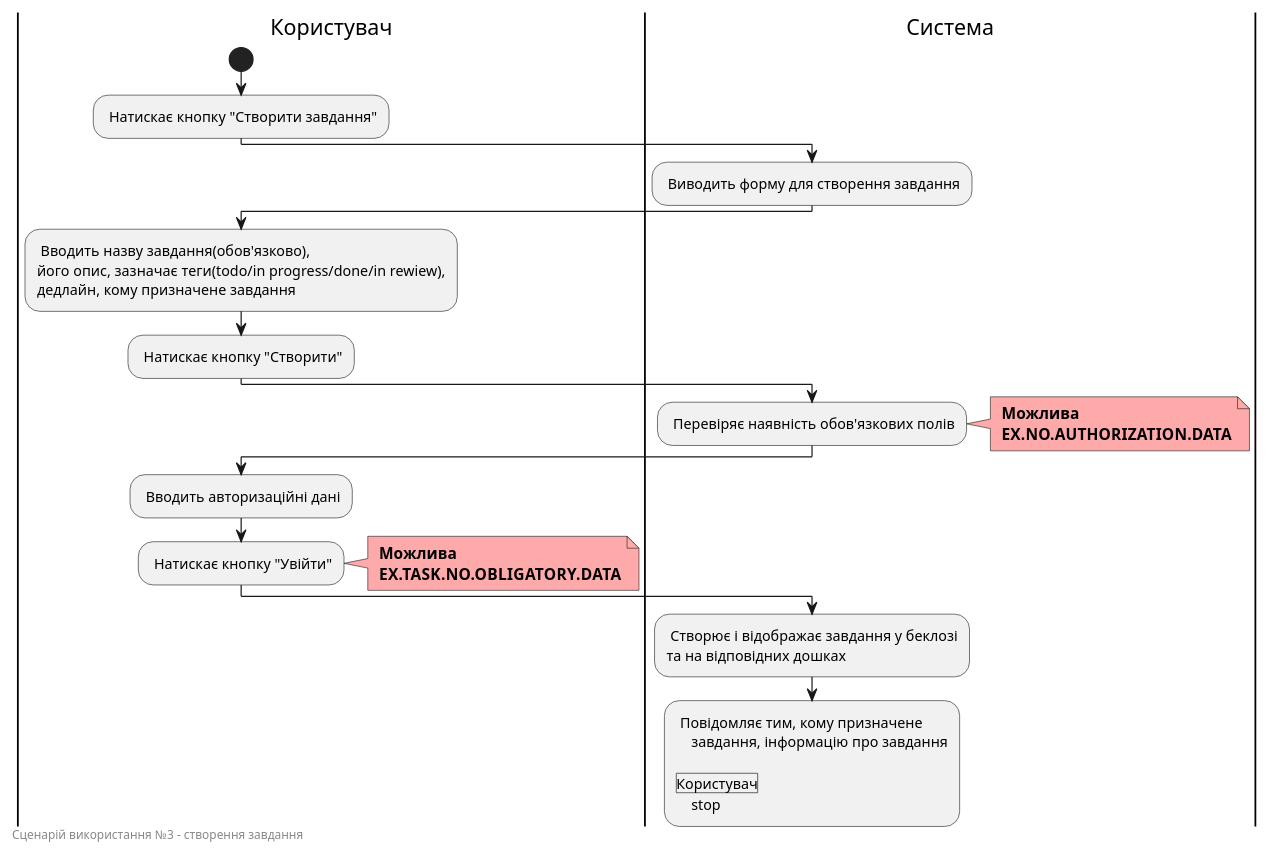
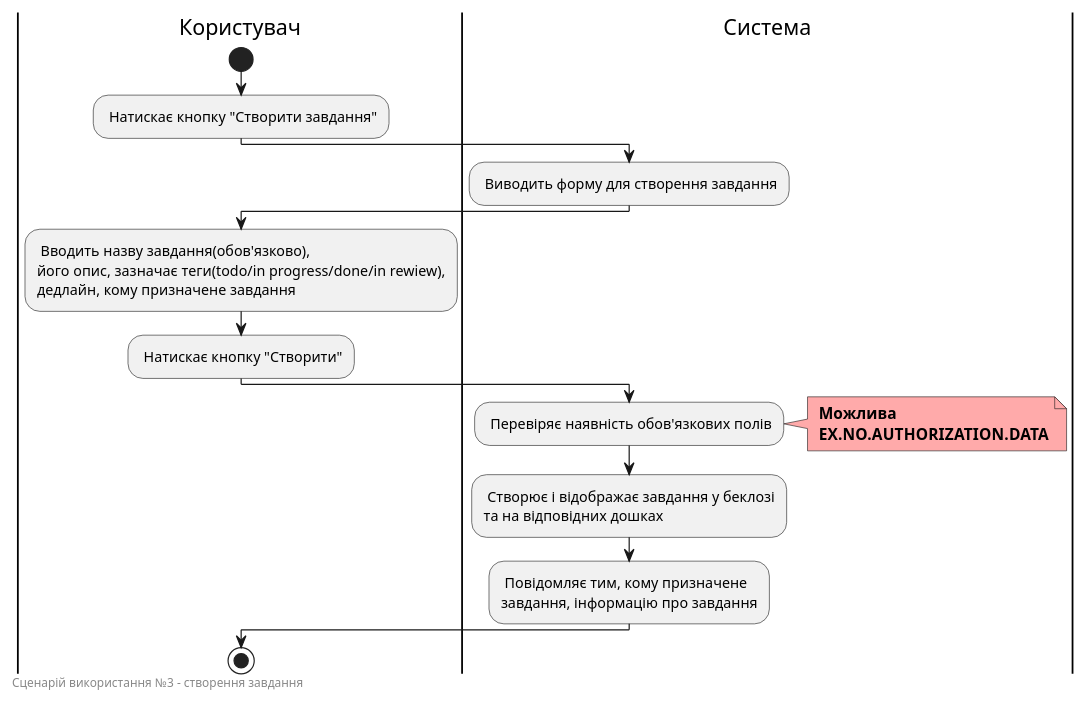
The eighth of 15 diagrams in docs/use cases/README.md (edu-db/edu_db_labs), drawn with PlantUML before and after one commit. The commit also changed other lines of this file and 1 other file, not shown here.

```diff
--- a/docs/use cases/README.md
+++ b/docs/use cases/README.md
@@ -332,44 +332,38 @@
 @startuml
 
     |Користувач|
         start
         : Натискає кнопку "Створити завдання";
 
     |Система|
         : Виводить форму для створення завдання;
 
     |Користувач|
         : Вводить назву завдання(обов'язково),
         його опис, зазначає теги(todo/in progress/done/in rewiew),
         дедлайн, кому призначене завдання;
         : Натискає кнопку "Створити";
 
     |Система|
         : Перевіряє наявність обов'язкових полів;
         note right #ffaaaa
         <b> Можлива
         <b> EX.NO.AUTHORIZATION.DATA
         end note
 
-    |Користувач|
-        : Вводить авторизаційні дані;
-        : Натискає кнопку "Увійти";
-        note right #ffaaaa
-        <b> Можлива
-        <b> EX.TASK.NO.OBLIGATORY.DATA
-        end note
         
     |Система|
         : Створює і відображає завдання у беклозі 
         та на відповідних дошках;
         : Повідомляє тим, кому призначене 
-        завдання, інформацію про завдання
-        
+        завдання, інформацію про завдання;
+
+ 
     |Користувач|
         stop;
 
     left footer
         Сценарій використання №3 - створення завдання
     end footer
 
 @enduml
```
